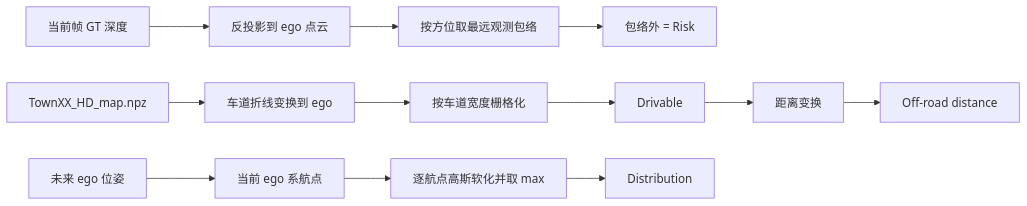
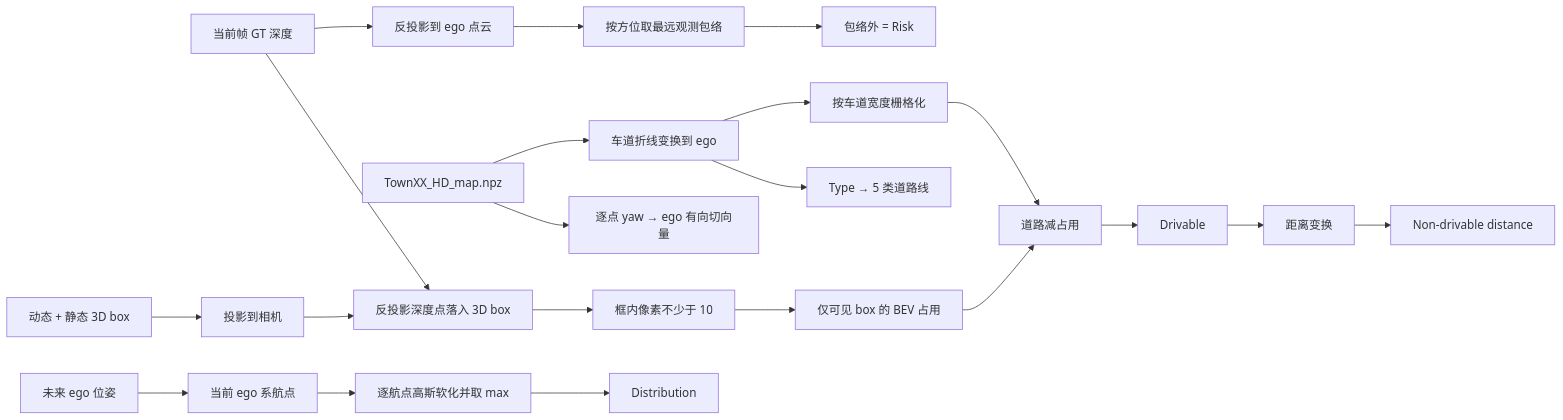
One commit to ByteDriveTeam/ByteDrive-Toy changed the eighth of 9 diagrams in README.md. Above: the diagram before and after it, drawn with Mermaid. The commit also changed other lines of this file and 32 other files, not shown here.

````diff
--- a/README.md
+++ b/README.md
@@ -478,7 +495,14 @@
 ```mermaid
 flowchart LR
     DEP["当前帧 GT 深度"] --> PC["反投影到 ego 点云"] --> ENV["按方位取最远观测包络"] --> R["包络外 = Risk"]
-    MAP["TownXX_HD_map.npz"] --> POLY["车道折线变换到 ego"] --> RASTER["按车道宽度栅格化"] --> D["Drivable"]
-    D --> EDT["距离变换"] --> OFF["Off-road distance"]
+    MAP["TownXX_HD_map.npz"] --> POLY["车道折线变换到 ego"] --> RASTER["按车道宽度栅格化"]
+    POLY --> LTYPE["Type → 5 类道路线"]
+    MAP --> YAW["逐点 yaw → ego 有向切向量"]
+    BOX["动态 + 静态 3D box"] --> PROJ["投影到相机"]
+    DEP --> VIS["反投影深度点落入 3D box"]
+    PROJ --> VIS --> COUNT["框内像素不少于 10"] --> OCC["仅可见 box 的 BEV 占用"]
+    RASTER --> SUB["道路减占用"]
+    OCC --> SUB --> D["Drivable"]
+    D --> EDT["距离变换"] --> OFF["Non-drivable distance"]
     FUT["未来 ego 位姿"] --> WP["当前 ego 系航点"] --> GAUSS["逐航点高斯软化并取 max"] --> DIST["Distribution"]
 ```
````
